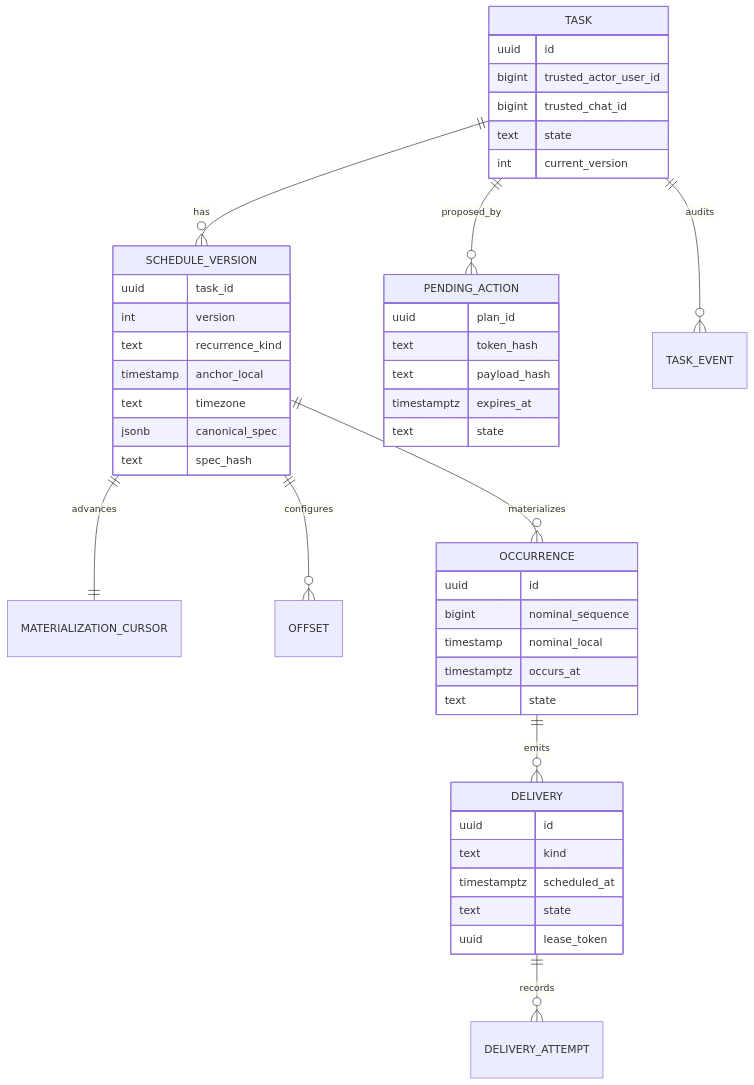
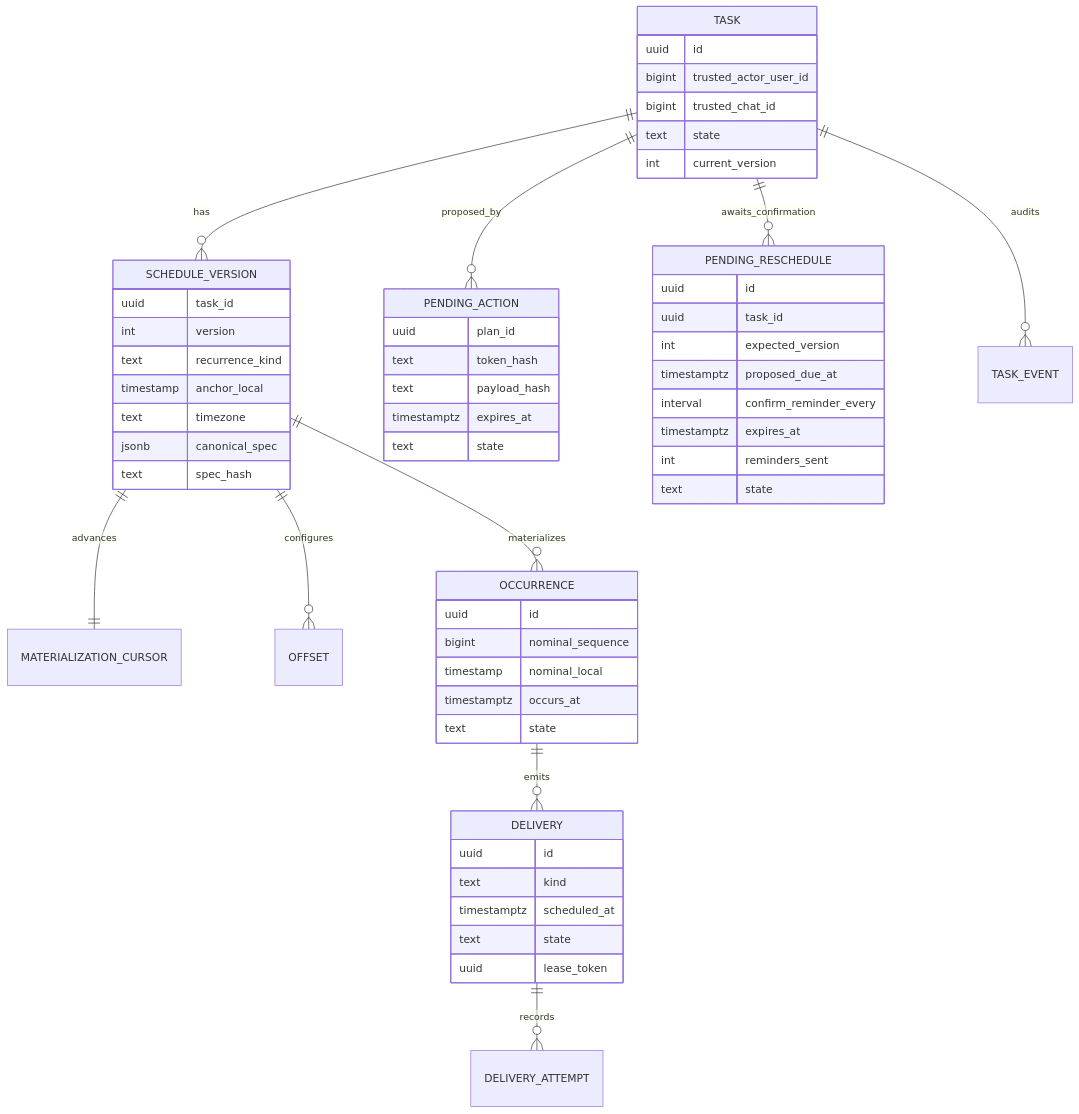
The second of 2 diagrams in 05_Система/Схемы/N8NAgents/TARGET_Задачи_и_Напоминания_N8NAgents.md (DmtrGoltsev/ObsidianVault), drawn with Mermaid before and after one commit. The commit also changed other lines of this file and 3 other files, not shown here.

````diff
--- a/05_Система/Схемы/N8NAgents/TARGET_Задачи_и_Напоминания_N8NAgents.md
+++ b/05_Система/Схемы/N8NAgents/TARGET_Задачи_и_Напоминания_N8NAgents.md
@@ -114,49 +120,60 @@
 ```mermaid
 erDiagram
   TASK ||--o{ SCHEDULE_VERSION : has
   TASK ||--o{ PENDING_ACTION : proposed_by
+  TASK ||--o{ PENDING_RESCHEDULE : awaits_confirmation
   SCHEDULE_VERSION ||--|| MATERIALIZATION_CURSOR : advances
   SCHEDULE_VERSION ||--o{ OFFSET : configures
   SCHEDULE_VERSION ||--o{ OCCURRENCE : materializes
   OCCURRENCE ||--o{ DELIVERY : emits
   DELIVERY ||--o{ DELIVERY_ATTEMPT : records
   TASK ||--o{ TASK_EVENT : audits
 
   TASK {
     uuid id
     bigint trusted_actor_user_id
     bigint trusted_chat_id
     text state
     int current_version
   }
   SCHEDULE_VERSION {
     uuid task_id
     int version
     text recurrence_kind
     timestamp anchor_local
     text timezone
     jsonb canonical_spec
     text spec_hash
   }
   OCCURRENCE {
     uuid id
     bigint nominal_sequence
     timestamp nominal_local
     timestamptz occurs_at
     text state
   }
   DELIVERY {
     uuid id
     text kind
     timestamptz scheduled_at
     text state
     uuid lease_token
   }
   PENDING_ACTION {
     uuid plan_id
     text token_hash
     text payload_hash
     timestamptz expires_at
     text state
   }
+  PENDING_RESCHEDULE {
+    uuid id
+    uuid task_id
+    int expected_version
+    timestamptz proposed_due_at
+    interval confirm_reminder_every
+    timestamptz expires_at
+    int reminders_sent
+    text state
+  }
 ```
````
